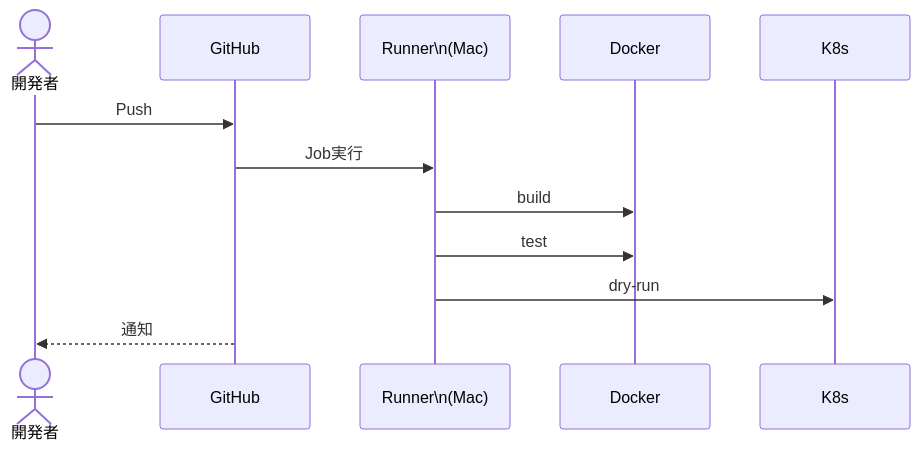
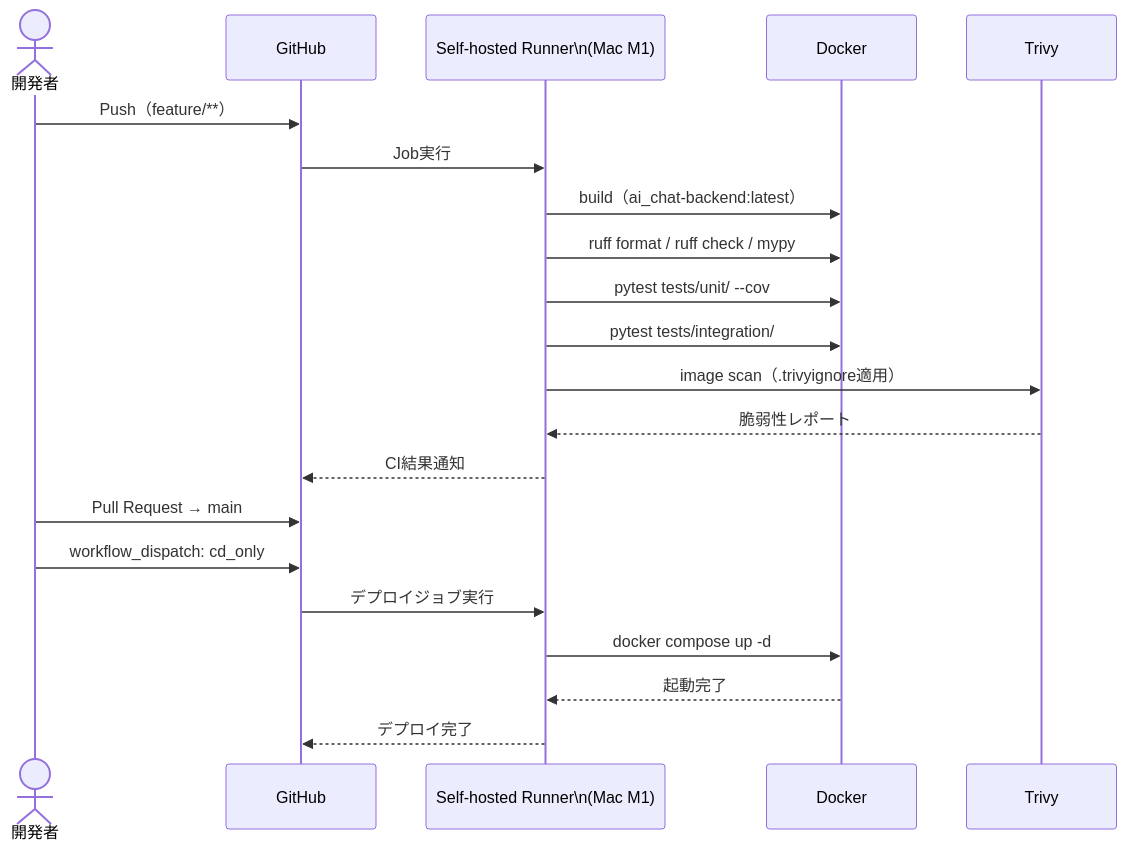
The fifth of 6 diagrams in docs/design/sequence_diagrams.md (redmine54/ai_chat), drawn with Mermaid before and after one commit. The commit also changed other lines of this file and 13 other files, not shown here.

````diff
--- a/docs/design/sequence_diagrams.md
+++ b/docs/design/sequence_diagrams.md
@@ -97,15 +95,24 @@
 ```mermaid
 sequenceDiagram
     actor Dev as 開発者
     participant GH as GitHub
-    participant Runner as Runner\n(Mac)
+    participant Runner as Self-hosted Runner\n(Mac M1)
     participant Docker as Docker
-    participant K8s as K8s
+    participant Trivy as Trivy
 
-    Dev->>GH: Push
+    Dev->>GH: Push（feature/**）
     GH->>Runner: Job実行
-    Runner->>Docker: build
-    Runner->>Docker: test
-    Runner->>K8s: dry-run
-    GH-->>Dev: 通知
+    Runner->>Docker: build（ai_chat-backend:latest）
+    Runner->>Docker: ruff format / ruff check / mypy
+    Runner->>Docker: pytest tests/unit/ --cov
+    Runner->>Docker: pytest tests/integration/
+    Runner->>Trivy: image scan（.trivyignore適用）
+    Trivy-->>Runner: 脆弱性レポート
+    Runner-->>GH: CI結果通知
+    Dev->>GH: Pull Request → main
+    Dev->>GH: workflow_dispatch: cd_only
+    GH->>Runner: デプロイジョブ実行
+    Runner->>Docker: docker compose up -d
+    Docker-->>Runner: 起動完了
+    Runner-->>GH: デプロイ完了
 ```
````
